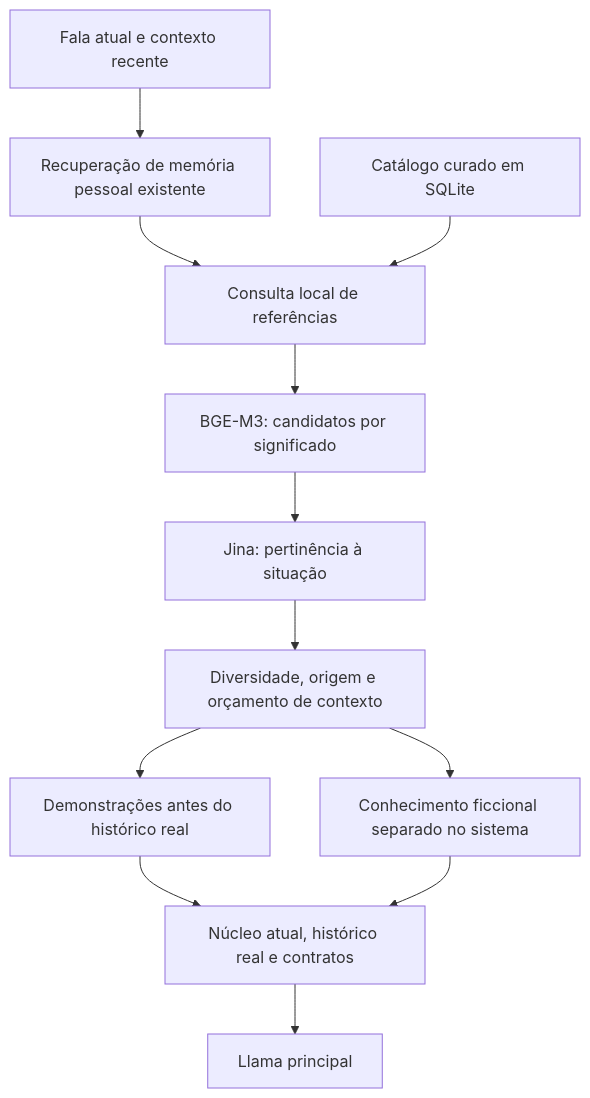
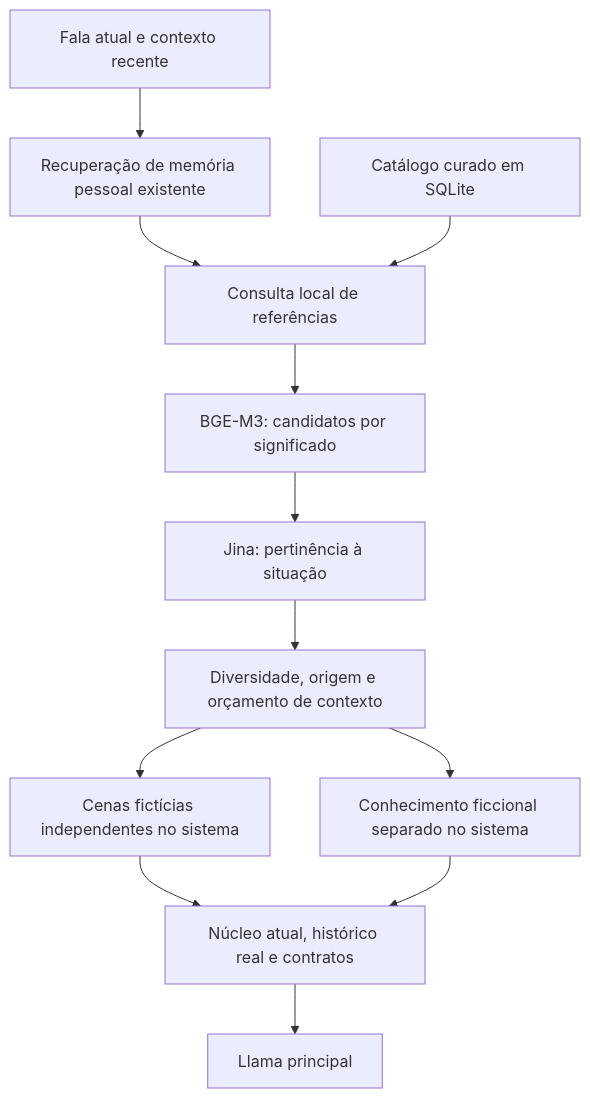
Before and after one commit to Luisgustavopk/Projeto-Sistema-Amadeus: the diagram in docs/architecture/Referencias_Contextuais_Persona.md, drawn with Mermaid. The commit also changed other lines of this file and 4 other files, not shown here.

Commit message:
fix(persona): separa referências de atuação do histórico real

````diff
--- a/docs/architecture/Referencias_Contextuais_Persona.md
+++ b/docs/architecture/Referencias_Contextuais_Persona.md
@@ -28,14 +28,14 @@
 ```mermaid
 flowchart TD
     U[Fala atual e contexto recente] --> M[Recuperação de memória pessoal existente]
     M --> Q[Consulta local de referências]
     C[Catálogo curado em SQLite] --> Q
     Q --> B[BGE-M3: candidatos por significado]
     B --> R[Jina: pertinência à situação]
     R --> S[Diversidade, origem e orçamento de contexto]
-    S --> E[Demonstrações antes do histórico real]
+    S --> E[Cenas fictícias independentes no sistema]
     S --> L[Conhecimento ficcional separado no sistema]
     E --> P[Núcleo atual, histórico real e contratos]
     L --> P
     P --> G[Llama principal]
 ```
````
